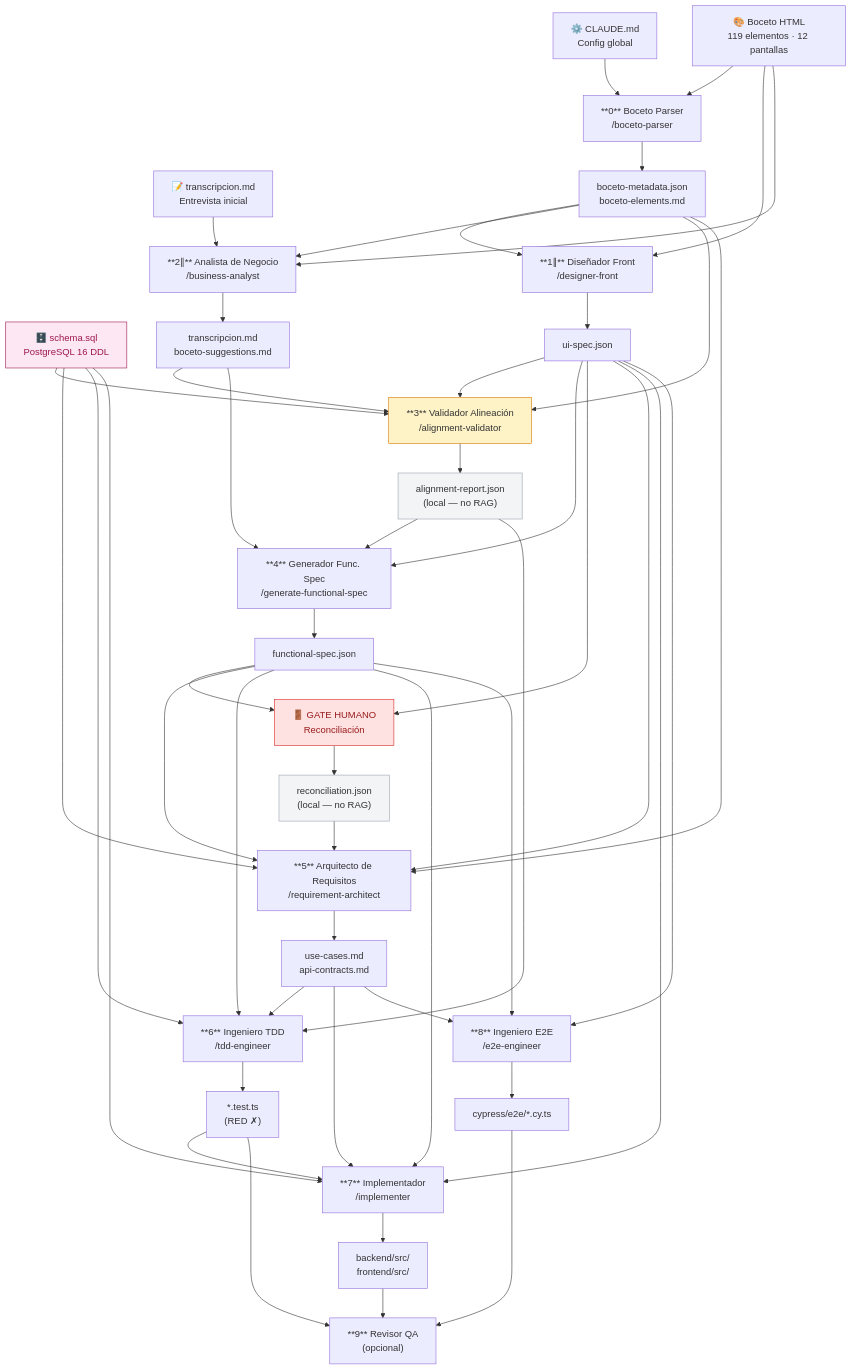
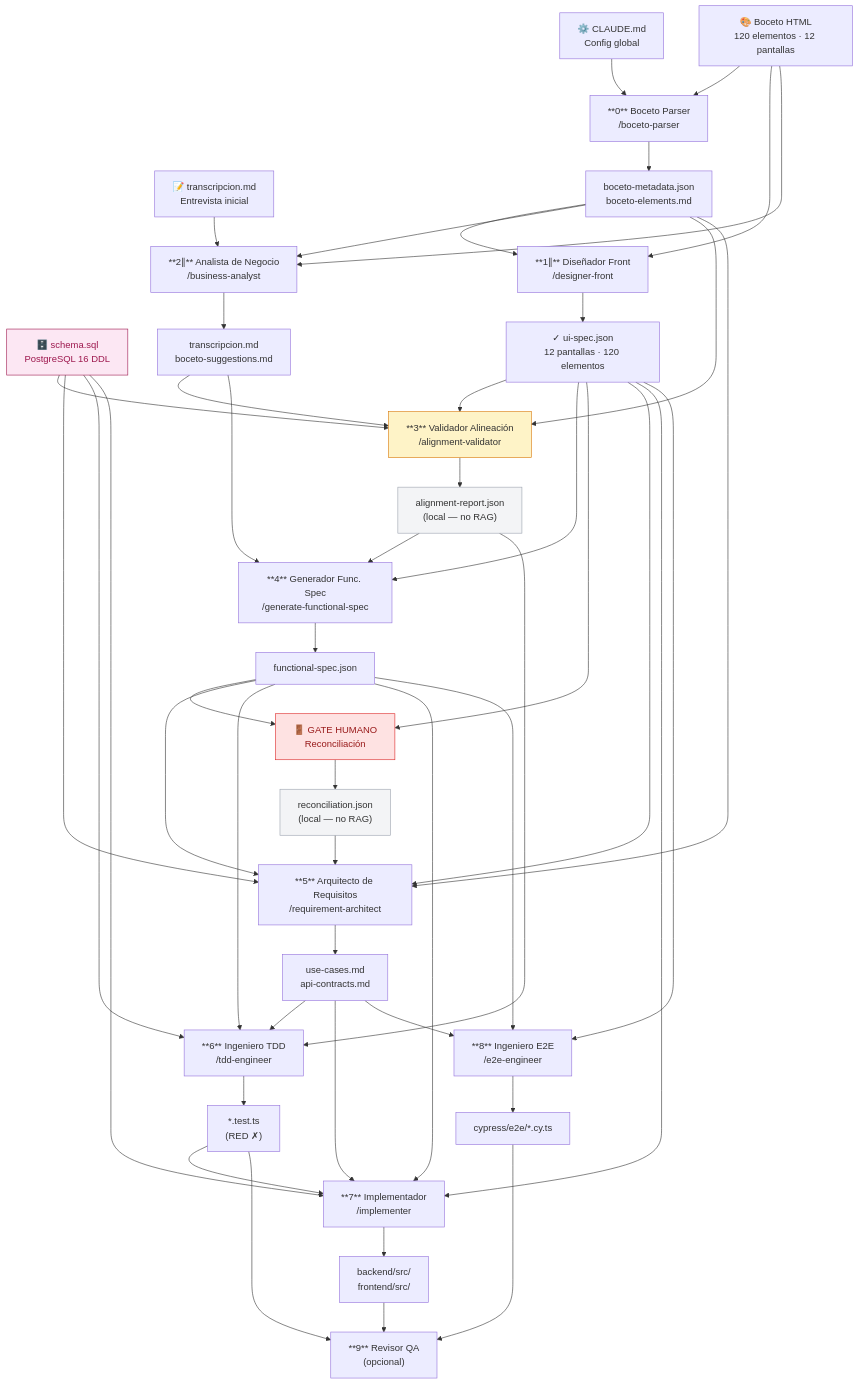
Before and after one commit to dbetancorfp/CORRECTOR_DE_PROYECTOS: the diagram in docs/flujo.md, drawn with Mermaid. The commit also changed other lines of this file and 3 other files, not shown here.

First line of the commit message:
feat(ui-spec): generate UI spec for all 120 boceto elements across 12 screens

````diff
--- a/docs/flujo.md
+++ b/docs/flujo.md
@@ -7,7 +7,7 @@
 ```mermaid
 flowchart TD
     CLAUDE["⚙️ CLAUDE.md\nConfig global"]
-    BOCETO["🎨 Boceto HTML\n119 elementos · 12 pantallas"]
+    BOCETO["🎨 Boceto HTML\n120 elementos · 12 pantallas"]
     TRANS_IN["📝 transcripcion.md\nEntrevista inicial"]
     SCHEMA["🗄️ schema.sql\nPostgreSQL 16 DDL"]
 
@@ -24,7 +24,7 @@
     A9["**9** Revisor QA\n(opcional)"]
 
     META["boceto-metadata.json\nboceto-elements.md"]
-    UISPEC["ui-spec.json"]
+    UISPEC["✓ ui-spec.json\n12 pantallas · 120 elementos"]
     TRANS_OUT["transcripcion.md\nboceto-suggestions.md"]
     ALIGN["alignment-report.json\n(local — no RAG)"]
     FSPEC["functional-spec.json"]
````
